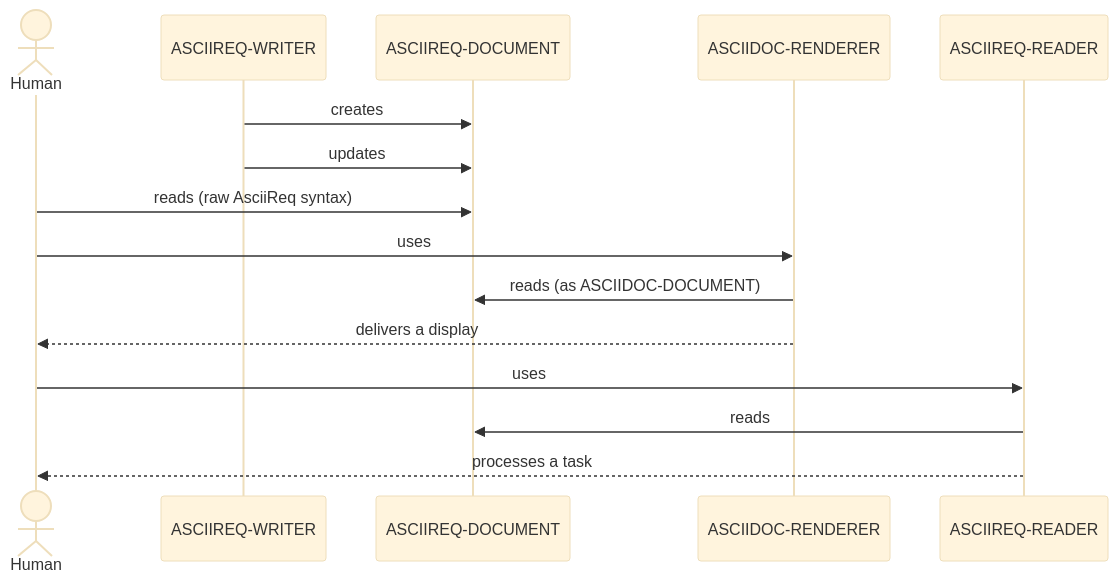
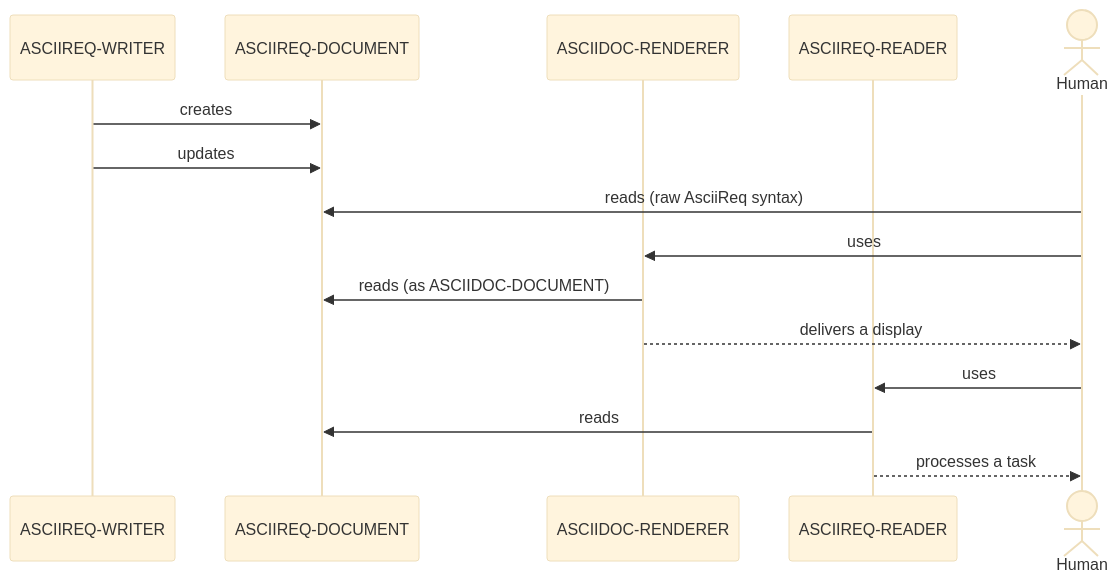
The diagram in diagrams/asciireq-workflow.mmd (AsciiReq/specification), drawn with Mermaid (base theme) before and after one commit. The commit also changed other lines of this file and 1 other file, not shown here.

Commit message:
Move Human actor to the right of the workflow chart, ASCIIREQ-WRITER on the left (PR #2 remark 4577442750)

```diff
--- a/diagrams/asciireq-workflow.mmd
+++ b/diagrams/asciireq-workflow.mmd
@@ -1,19 +1,19 @@
 sequenceDiagram
-    actor Human
     participant ASCIIREQ-WRITER
     participant ASCIIREQ-DOCUMENT
     participant ASCIIDOC-RENDERER
     participant ASCIIREQ-READER
+    actor Human
 
     ASCIIREQ-WRITER->>ASCIIREQ-DOCUMENT: creates
     ASCIIREQ-WRITER->>ASCIIREQ-DOCUMENT: updates
 
     Human->>ASCIIREQ-DOCUMENT: reads (raw AsciiReq syntax)
 
     Human->>ASCIIDOC-RENDERER: uses
     ASCIIDOC-RENDERER->>ASCIIREQ-DOCUMENT: reads (as ASCIIDOC-DOCUMENT)
     ASCIIDOC-RENDERER-->>Human: delivers a display
 
     Human->>ASCIIREQ-READER: uses
     ASCIIREQ-READER->>ASCIIREQ-DOCUMENT: reads
     ASCIIREQ-READER-->>Human: processes a task
```
